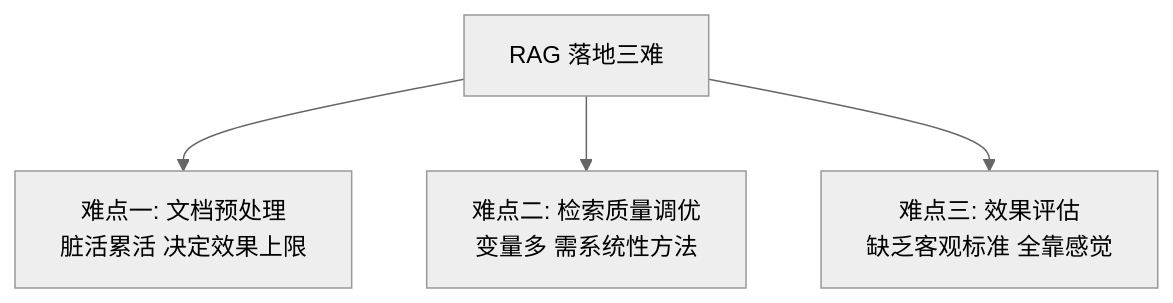
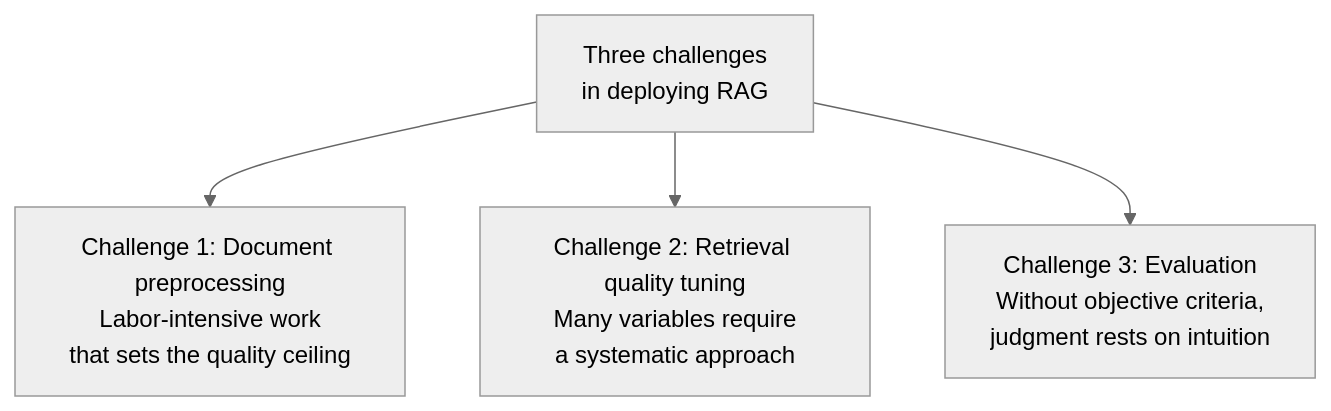
Before and after one commit to oneleaveknowsthefall/awesome-ai-roadmap: the first of 2 diagrams in docs/rag/06-operations-security/20-rag-challenges-security.md, drawn with Mermaid (neutral theme). The commit also changed other lines of this file and 60 other files, not shown here.

````diff
--- a/docs/rag/06-operations-security/20-rag-challenges-security.md
+++ b/docs/rag/06-operations-security/20-rag-challenges-security.md
@@ -11,6 +11,6 @@
 ```mermaid
 flowchart TB
-    H[RAG 落地三难] --> H1[难点一: 文档预处理<br/>脏活累活 决定效果上限]
-    H --> H2[难点二: 检索质量调优<br/>变量多 需系统性方法]
-    H --> H3[难点三: 效果评估<br/>缺乏客观标准 全靠感觉]
+    H[Three challenges<br/>in deploying RAG] --> H1[Challenge 1: Document preprocessing<br/>Labor-intensive work<br/>that sets the quality ceiling]
+    H --> H2[Challenge 2: Retrieval quality tuning<br/>Many variables require<br/>a systematic approach]
+    H --> H3[Challenge 3: Evaluation<br/>Without objective criteria,<br/>judgment rests on intuition]
 ```
````
